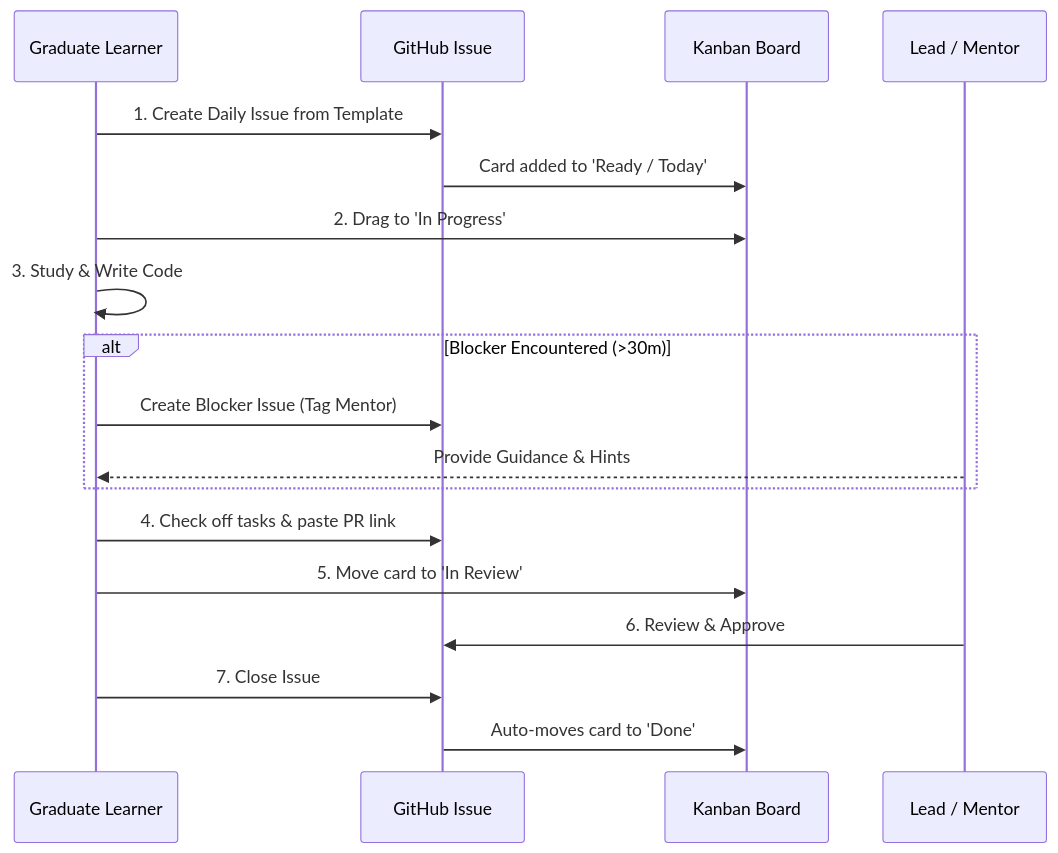
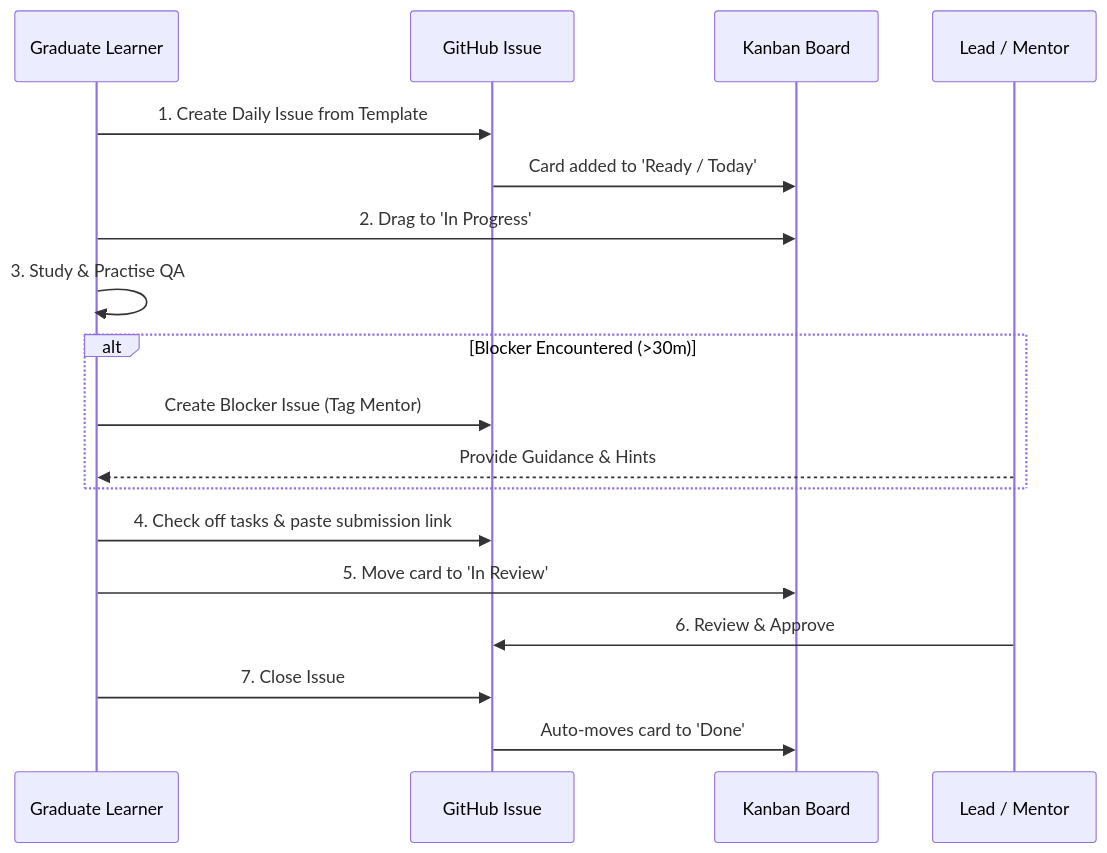
The diagram in guides/github-kanban-guide.md (sn8c29kyhh-star/seeker), drawn with Mermaid before and after one commit. The commit also changed other lines of this file and 24 other files, not shown here.

````diff
--- a/guides/github-kanban-guide.md
+++ b/guides/github-kanban-guide.md
@@ -56,21 +58,21 @@
 ```mermaid
 sequenceDiagram
     participant Graduate as Graduate Learner
     participant Issue as GitHub Issue
     participant Board as Kanban Board
     participant Mentor as Lead / Mentor
 
     Graduate->>Issue: 1. Create Daily Issue from Template
     Issue->>Board: Card added to 'Ready / Today'
     Graduate->>Board: 2. Drag to 'In Progress'
-    Graduate->>Graduate: 3. Study & Write Code
+    Graduate->>Graduate: 3. Study & Practise QA
     alt Blocker Encountered (>30m)
         Graduate->>Issue: Create Blocker Issue (Tag Mentor)
         Mentor-->>Graduate: Provide Guidance & Hints
     end
-    Graduate->>Issue: 4. Check off tasks & paste PR link
+    Graduate->>Issue: 4. Check off tasks & paste submission link
     Graduate->>Board: 5. Move card to 'In Review'
     Mentor->>Issue: 6. Review & Approve
     Graduate->>Issue: 7. Close Issue
     Issue->>Board: Auto-moves card to 'Done'
 ```
````
